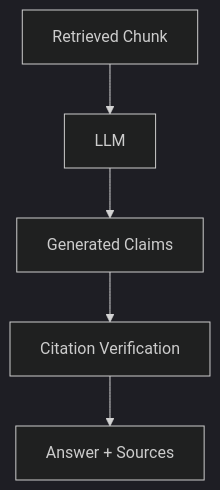
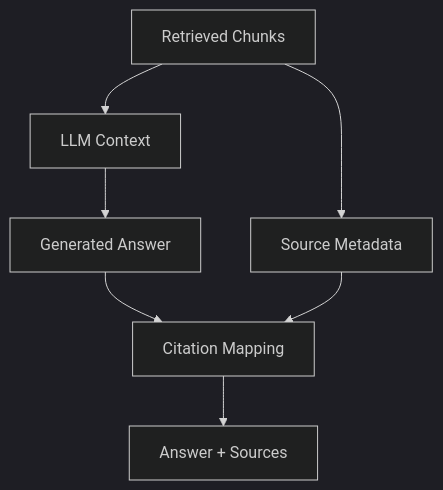
One commit to sabrahermassi/injury-journal-ai changed the ninth of 17 diagrams in docs/02-architecture.md. Above: the diagram before and after it, drawn with Mermaid (dark theme). The commit also changed 3 other files, not shown here.

````diff
--- a/docs/02-architecture.md
+++ b/docs/02-architecture.md
@@ -198,7 +198,9 @@
 ```mermaid
 flowchart TD
-    C["Retrieved Chunk"] --> L["LLM"]
-    L --> G["Generated Claims"]
-    G --> V["Citation Verification"]
-    V --> A["Answer + Sources"]
+    C["Retrieved Chunks"] --> L["LLM Context"]
+    C --> M["Source Metadata"]
+    L --> A["Generated Answer"]
+    A --> V["Citation Mapping"]
+    M --> V
+    V --> R["Answer + Sources"]
 ```
````
